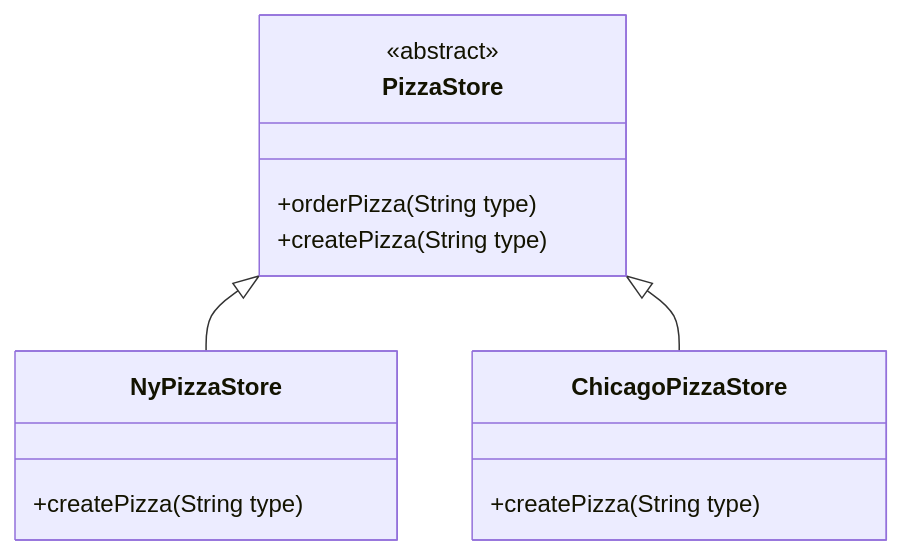
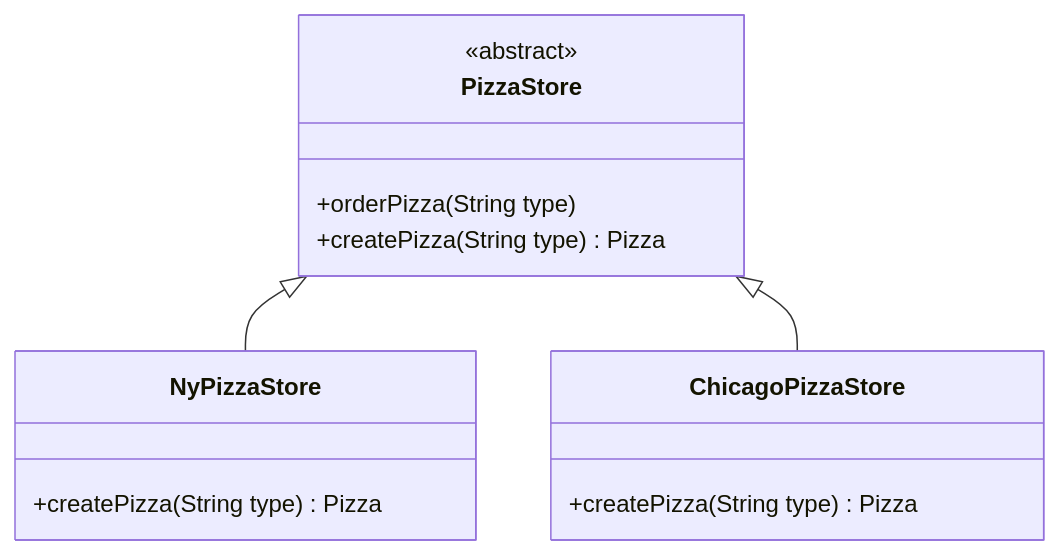
Before and after one commit to PrathameshDhande22/Java-Tutorial: the second of 2 diagrams in content/Factory Method Pattern.md, drawn with Mermaid. The commit also changed other lines of this file and 5 other files, not shown here.

````diff
--- a/content/Factory Method Pattern.md
+++ b/content/Factory Method Pattern.md
@@ -146,20 +146,20 @@
 ```mermaid
 classDiagram
     %% Abstract Pizza Store
     class PizzaStore {
       <<abstract>>
       +orderPizza(String type)
-      +createPizza(String type)
+      +createPizza(String type) Pizza
     }
     
     class NyPizzaStore {
-      +createPizza(String type)
+      +createPizza(String type) Pizza
     }
     
     class ChicagoPizzaStore {
-      +createPizza(String type)
+      +createPizza(String type) Pizza
     }
     
     PizzaStore <|-- NyPizzaStore
     PizzaStore <|-- ChicagoPizzaStore
 ```
````
